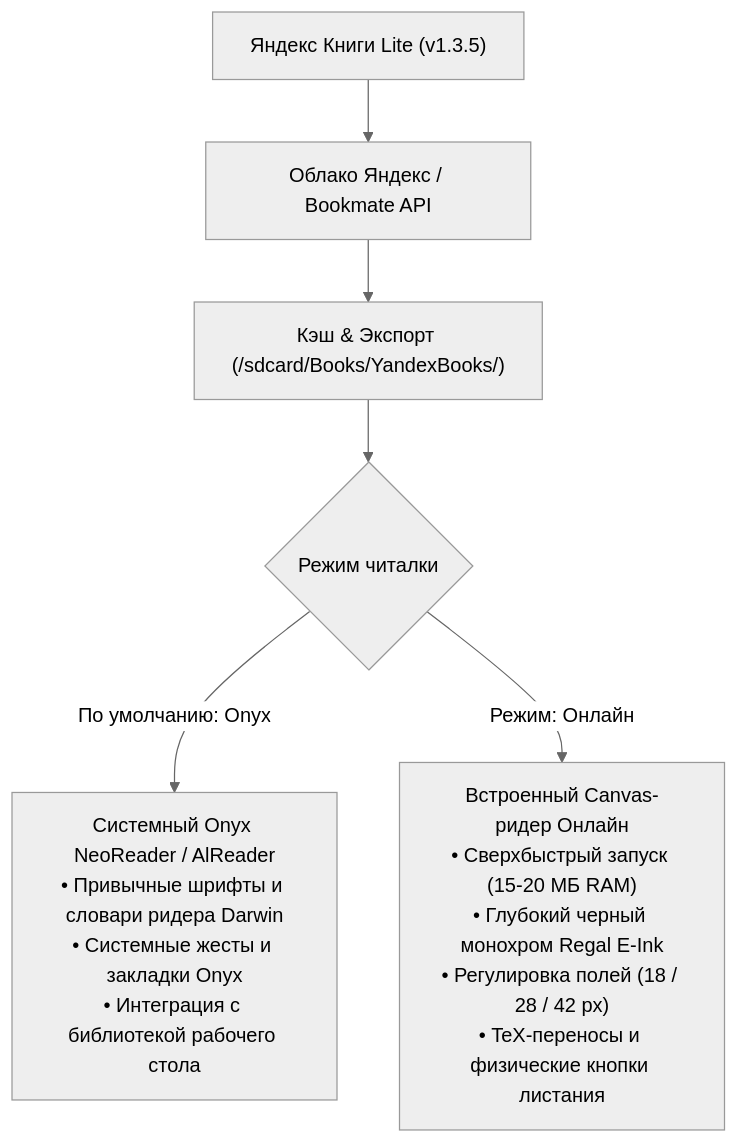
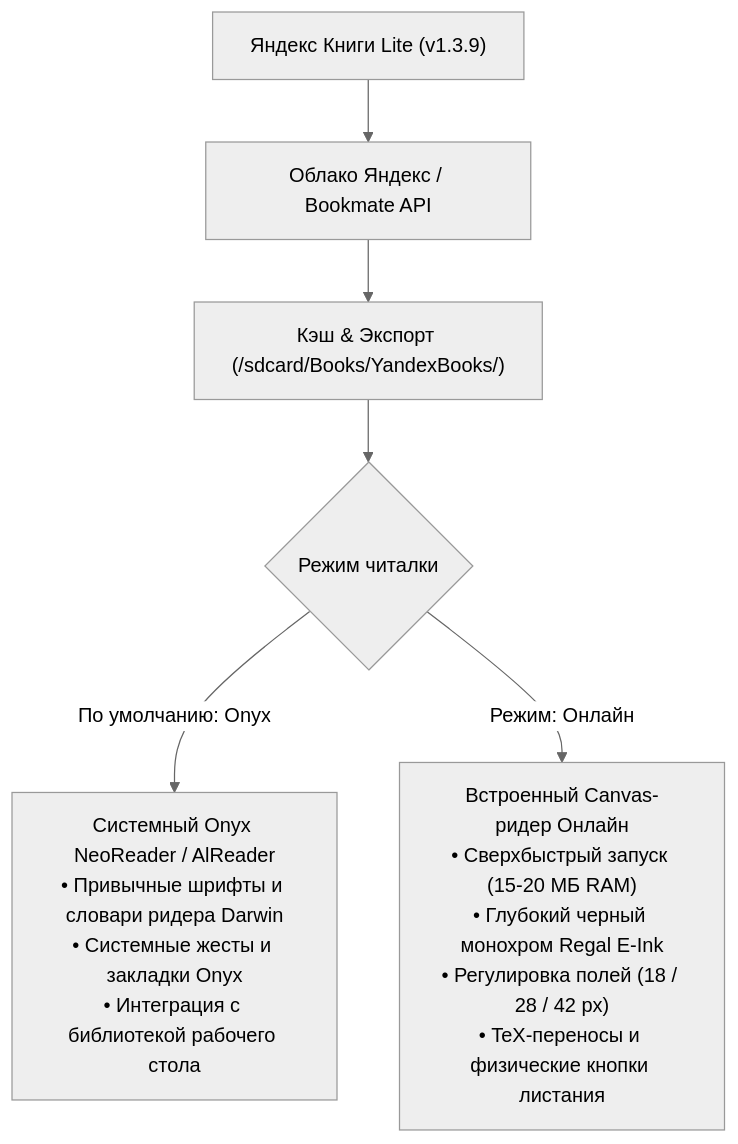
Before and after one commit to litvaerickson-spec/onyx-yandex-books: the diagram in README.md, drawn with Mermaid (neutral theme). The commit also changed other lines of this file and 8 other files, not shown here.

````diff
--- a/README.md
+++ b/README.md
@@ -56,10 +69,10 @@
 ```mermaid
 flowchart TD
-    App["Яндекс Книги Lite (v1.3.5)"] --> Cloud["Облако Яндекс / Bookmate API"]
+    App["Яндекс Книги Lite (v1.3.9)"] --> Cloud["Облако Яндекс / Bookmate API"]
     Cloud --> Cache["Кэш & Экспорт (/sdcard/Books/YandexBooks/)"]
     Cache --> ModeSelect{"Режим читалки"}
     
     ModeSelect -->|По умолчанию: Onyx| OnyxReader["Системный Onyx NeoReader / AlReader<br/>• Привычные шрифты и словари ридера Darwin<br/>• Системные жесты и закладки Onyx<br/>• Интеграция с библиотекой рабочего стола"]
     
     ModeSelect -->|Режим: Онлайн| OnlineReader["Встроенный Canvas-ридер Онлайн<br/>• Сверхбыстрый запуск (15-20 МБ RAM)<br/>• Глубокий черный монохром Regal E-Ink<br/>• Регулировка полей (18 / 28 / 42 px)<br/>• TeX-переносы и физические кнопки листания"]
 ```
````
